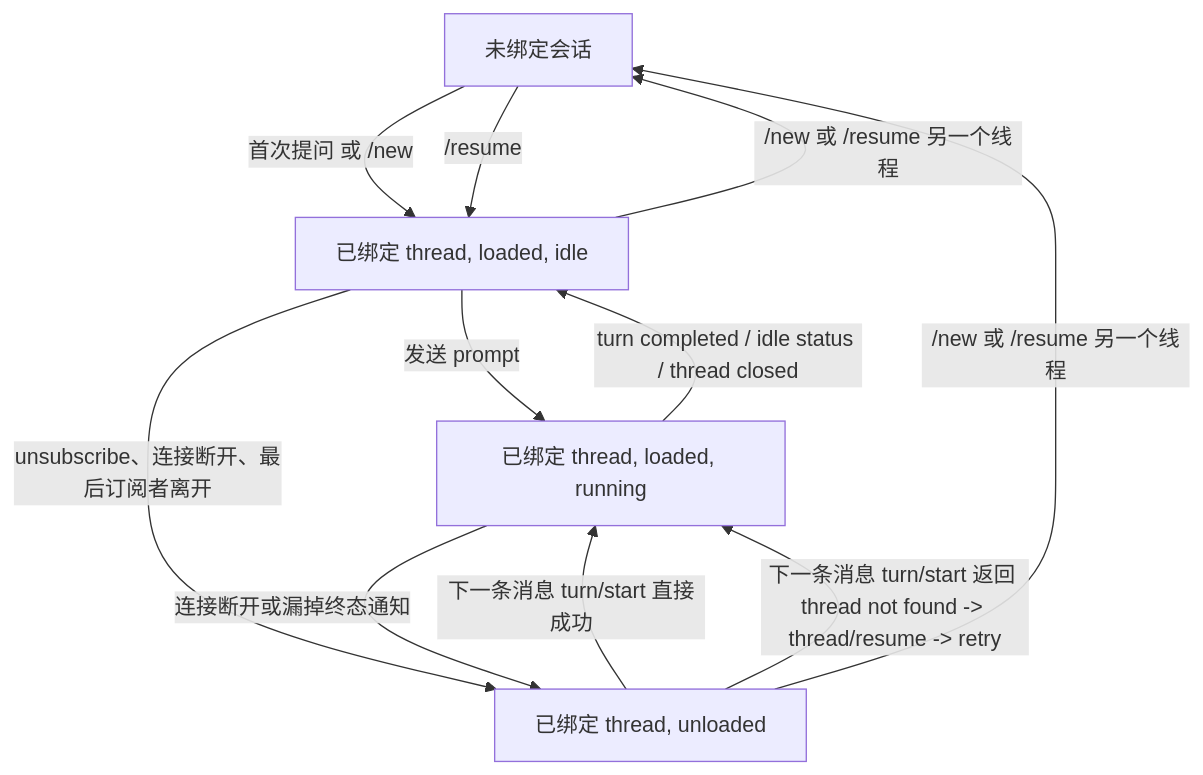
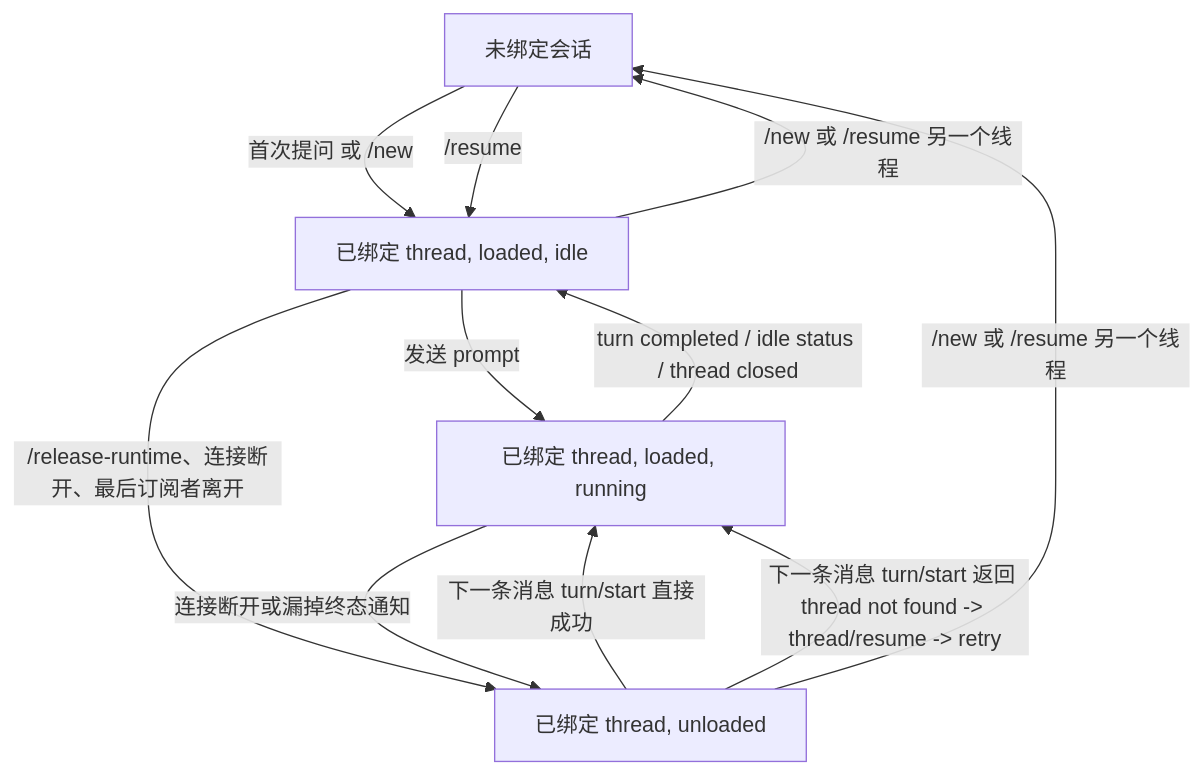
The diagram in docs/contracts/feishu-thread-lifecycle.zh-CN.md (ZichaoLong/feishu-codex), drawn with Mermaid before and after one commit. The commit also changed other lines of this file and 51 other files, not shown here.

````diff
--- a/docs/contracts/feishu-thread-lifecycle.zh-CN.md
+++ b/docs/contracts/feishu-thread-lifecycle.zh-CN.md
@@ -69,17 +69,17 @@
 ```mermaid
 flowchart TD
     A[未绑定会话] -->|首次提问 或 /new| B[已绑定 thread, loaded, idle]
     A -->|/resume <thread>| B
 
     B -->|发送 prompt| C[已绑定 thread, loaded, running]
     C -->|turn completed / idle status / thread closed| B
 
-    B -->|unsubscribe、连接断开、最后订阅者离开| D[已绑定 thread, unloaded]
+    B -->|/release-runtime、连接断开、最后订阅者离开| D[已绑定 thread, unloaded]
     C -->|连接断开或漏掉终态通知| D
 
     D -->|下一条消息 turn/start 直接成功| C
     D -->|下一条消息 turn/start 返回 thread not found -> thread/resume -> retry| C
 
     B -->|/new 或 /resume 另一个线程| A
     D -->|/new 或 /resume 另一个线程| A
 ```
````
